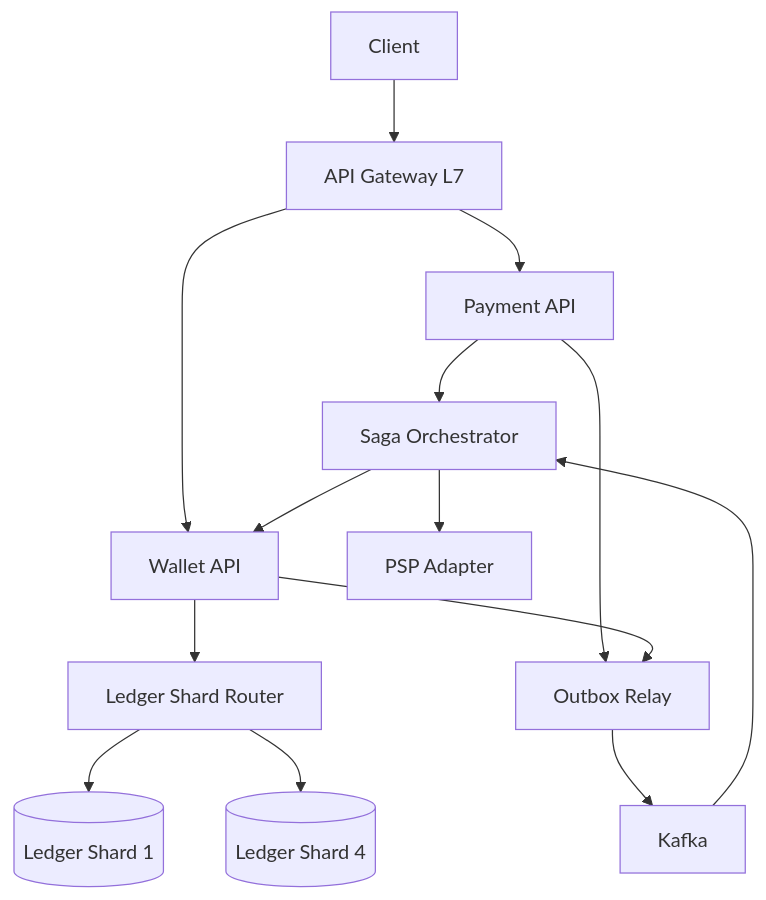
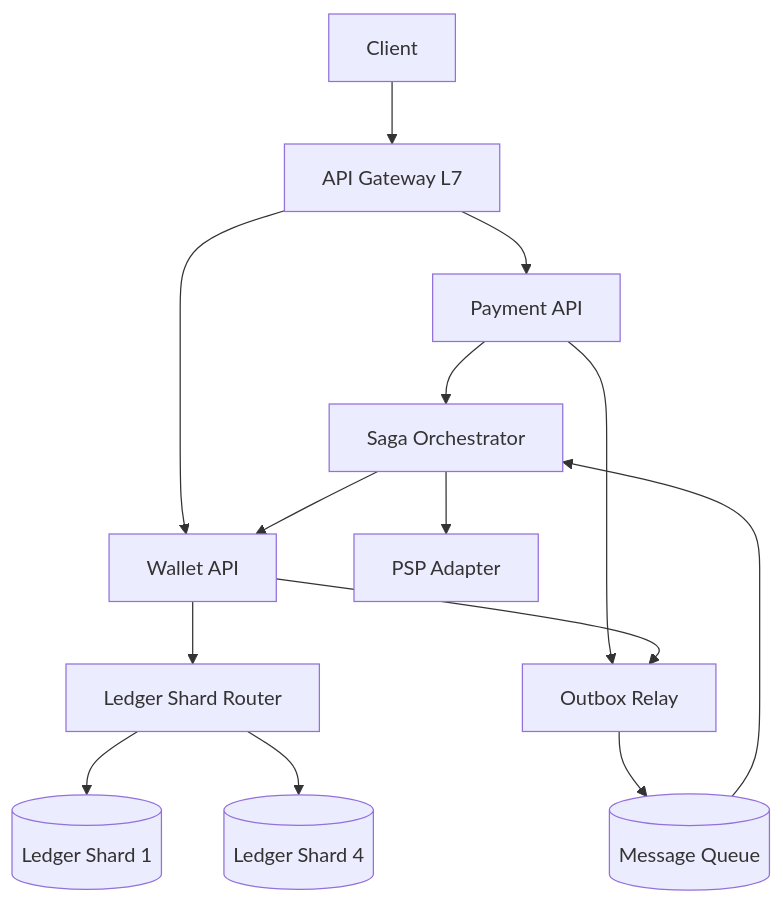
Before and after one commit to Mr-Radion/system-design-interview: the first of 2 diagrams in examples/paypal-payments.md, drawn with Mermaid. The commit also changed other lines of this file and 11 other files, not shown here.

````diff
--- a/examples/paypal-payments.md
+++ b/examples/paypal-payments.md
@@ -124,16 +124,16 @@
 ```mermaid
 flowchart TB
     Client --> GW["API Gateway L7"]
     GW --> PaymentAPI[Payment API]
     GW --> WalletAPI[Wallet API]
     PaymentAPI --> Orchestrator["Saga Orchestrator"]
     Orchestrator --> WalletAPI
     Orchestrator --> PSP[PSP Adapter]
     WalletAPI --> LedgerRouter["Ledger Shard Router"]
     LedgerRouter --> L1[("Ledger Shard 1")]
     LedgerRouter --> L4[("Ledger Shard 4")]
     PaymentAPI --> OutboxRelay[Outbox Relay]
     WalletAPI --> OutboxRelay
-    OutboxRelay --> Kafka
-    Kafka --> Orchestrator
+    OutboxRelay --> MQ[("Message Queue")]
+    MQ --> Orchestrator
 ```
````
